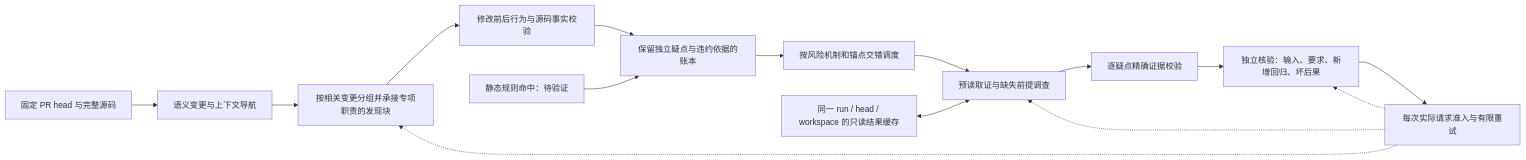
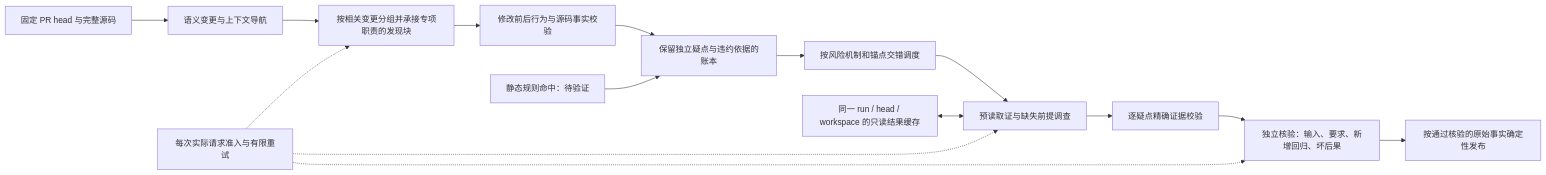
The diagram in docs/hypothesis-pipeline-spec.md (Wayne0607/ReviewForge), drawn with Mermaid before and after one commit. The commit also changed other lines of this file and 12 other files, not shown here.

````diff
--- a/docs/hypothesis-pipeline-spec.md
+++ b/docs/hypothesis-pipeline-spec.md
@@ -14,17 +14,17 @@
 ```mermaid
 flowchart LR
     A[固定 PR head 与完整源码] --> B[语义变更与上下文导航]
     B --> C[按相关变更分组并承接专项职责的发现块]
     C --> D[修改前后行为与源码事实校验]
     D --> E[保留独立疑点与违约依据的账本]
     S[静态规则命中：待验证] --> E
     E --> F[按风险机制和锚点交错调度]
     F --> G[预读取证与缺失前提调查]
     H[同一 run / head / workspace 的只读结果缓存] <--> G
     G --> I[逐疑点精确证据校验]
     I --> J[独立核验：输入、要求、新增回归、坏后果]
-    J --> K[按通过核验的原始事实确定性发布]
+    J --> P[按通过核验的原始事实确定性发布]
     K[每次实际请求准入与有限重试] -.-> C
     K -.-> G
     K -.-> J
 ```
````
